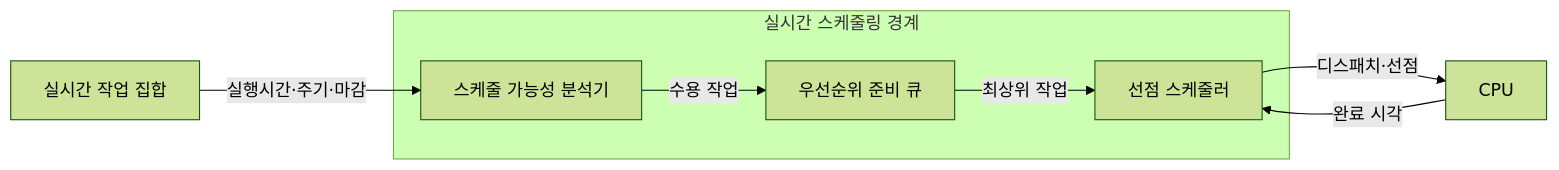
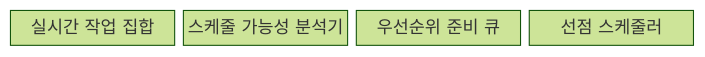
The first of 2 diagrams in src/content/docs/notes/03-software/007_realtime_scheduling.md (agnusdei1207/knowledge-base), drawn with Mermaid (forest theme) before and after one commit. The commit also changed other lines of this file and 20 other files, not shown here.

````diff
--- a/src/content/docs/notes/03-software/007_realtime_scheduling.md
+++ b/src/content/docs/notes/03-software/007_realtime_scheduling.md
@@ -70,15 +67,8 @@
 ```mermaid
-flowchart LR
-    J[실시간 작업 집합]
-    P[CPU]
-    subgraph R[실시간 스케줄링 경계]
-        A[스케줄 가능성 분석기]
-        Q[우선순위 준비 큐]
-        S[선점 스케줄러]
-        A -->|수용 작업| Q
-        Q -->|최상위 작업| S
-    end
-    J -->|실행시간·주기·마감| A
-    S -->|디스패치·선점| P
-    P -->|완료 시각| S
+block
+  columns 4
+  J["실시간 작업 집합"]
+  A["스케줄 가능성 분석기"]
+  Q["우선순위 준비 큐"]
+  S["선점 스케줄러"]
 ```
````
